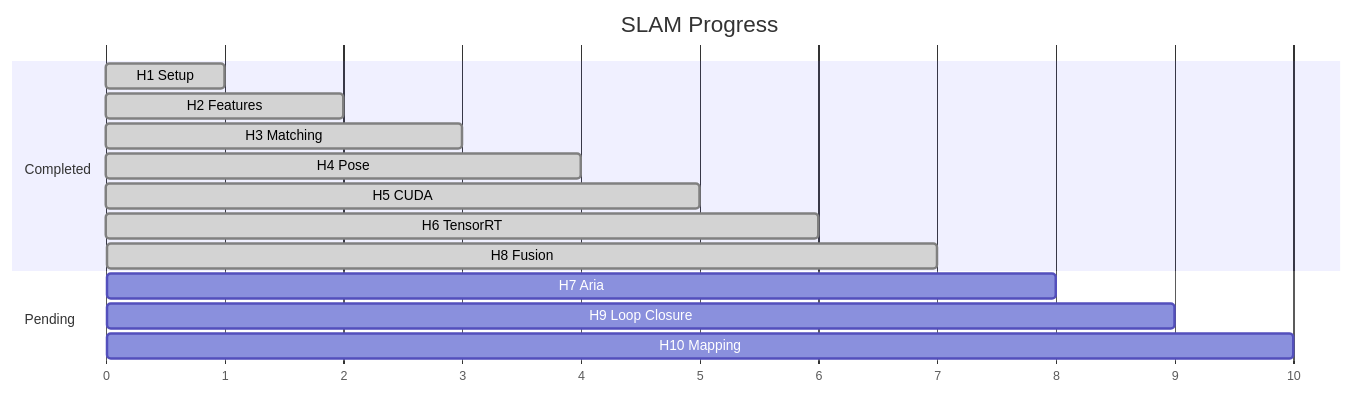
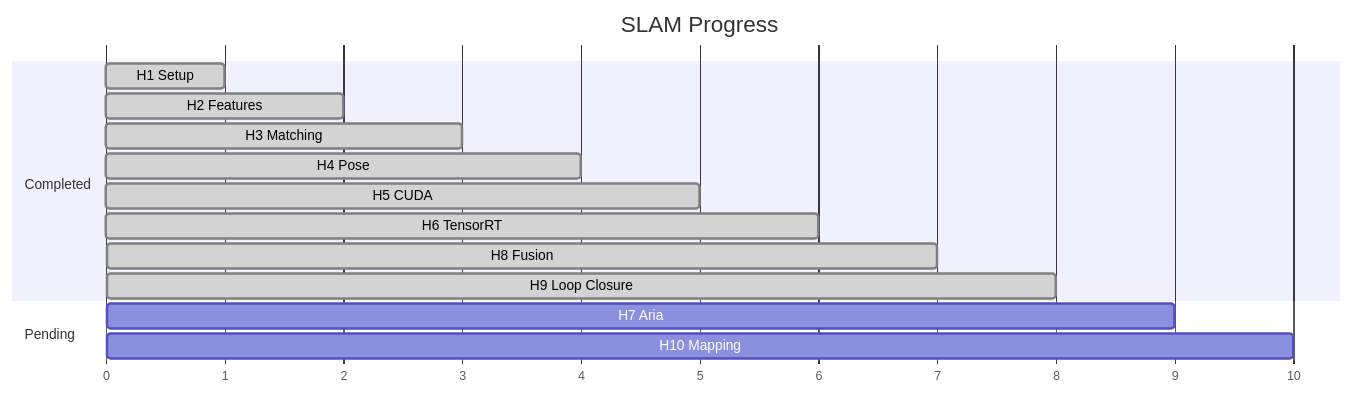
Before and after one commit to robertteleng/aria-slam: the tenth of 10 diagrams in README.md, drawn with Mermaid. The commit also changed other lines of this file and 3 other files, not shown here.

````diff
--- a/README.md
+++ b/README.md
@@ -398,20 +398,21 @@
 ```mermaid
 gantt
     title SLAM Progress
     dateFormat X
     axisFormat %s
 
     section Completed
     H1 Setup           :done, h1, 0, 1
     H2 Features        :done, h2, 1, 2
     H3 Matching        :done, h3, 2, 3
     H4 Pose            :done, h4, 3, 4
     H5 CUDA            :done, h5, 4, 5
     H6 TensorRT        :done, h6, 5, 6
     H8 Fusion          :done, h8, 6, 7
 
+    H9 Loop Closure    :done, h9, 7, 8
+
     section Pending
-    H7 Aria            :h7, 7, 8
-    H9 Loop Closure    :h9, 8, 9
+    H7 Aria            :h7, 8, 9
     H10 Mapping        :h10, 9, 10
 ```
````
